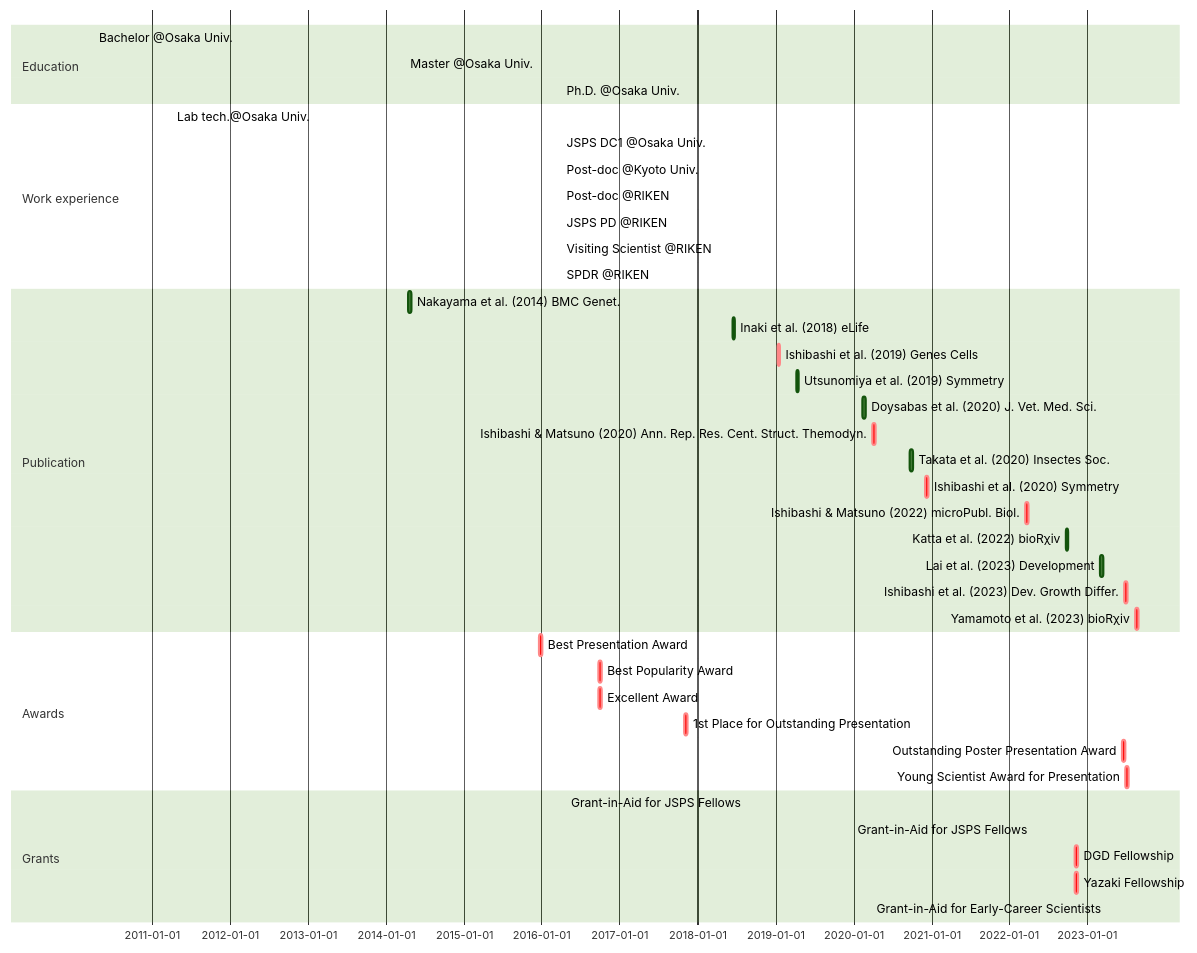
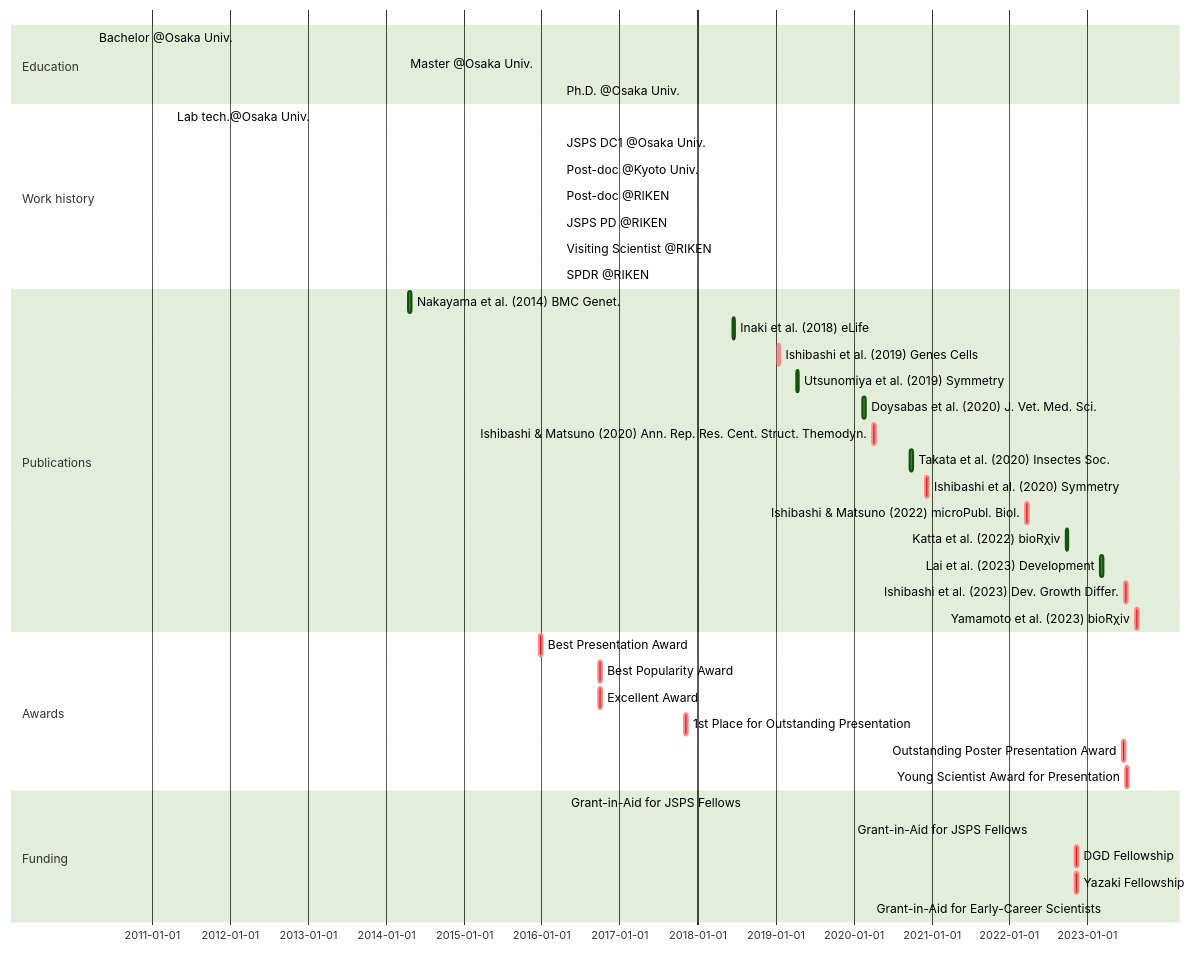
The diagram in _includes/mermaid-cv.md (ishibaki/ishibaki.github.io), drawn with Mermaid (forest theme) before and after one commit.

````diff
--- a/_includes/mermaid-cv.md
+++ b/_includes/mermaid-cv.md
@@ -1,42 +1,42 @@
 ```mermaid
 gantt
 section Education
   Bachelor @Osaka Univ. : BS, 2010-04-01, 2014-03-25
   Master @Osaka Univ.   : MS, 2014-04-01, 2016-03-28
   Ph.D. @Osaka Univ.    : Ph.D., 2016-04-01, 2019-03-25
-section Work experience
+section Work history
   Lab tech.@Osaka Univ.     : done, OU-tech, 2011-04-01, 2012-03-31
   JSPS DC1 @Osaka Univ.     : done, DC1, 2016-04-01, 2019-03-31
   Post-doc @Kyoto Univ.     : done, KU-postdoc, after DC1, 2021-04-30
   Post-doc @RIKEN           : done, RIKEN-postdoc, after KU-postdoc, 2022-03-31
   JSPS PD @RIKEN            : done, PD, after RIKEN-postdoc, 2023-03-31
   Visiting Scientist @RIKEN : done, Visit-Sci, after RIKEN-postdoc, 2023-03-31
   SPDR @RIKEN               : active, SPDR, after PD, 2026-03-31
-section Publication
+section Publications
   Nakayama et al. (2014) BMC Genet.           :       nakayama2014, 2014-04-16, 2w
   Inaki et al. (2018) eLife                   :       inaki2018, 2018-06-12, 2w
   Ishibashi et al. (2019) Genes Cells         : crit, ishibashi2019, 2019-01-09, 2w
   Utsunomiya et al. (2019) Symmetry           :       utsunomiya2019, 2019-04-08, 2w
   Doysabas et al. (2020) J. Vet. Med. Sci.    :       doysabas2020, 2020-02-12, 2w
   Ishibashi & Matsuno (2020) Ann. Rep. Res. Cent. Struct. Themodyn. : crit, ishibashi2020a, 2020-04-01, 2w
   Takata et al. (2020) Insectes Soc.          :       takata2020, 2020-09-22, 2w
   Ishibashi et al. (2020) Symmetry            : crit, ishibashi2020b, 2020-12-02, 2w
   Ishibashi & Matsuno (2022) microPubl. Biol. : crit, ishibashi2022, 2022-03-18, 2w
   Katta et al. (2022) bioRχiv                 :       katta2022, 2022-09-22, 2w
   Lai et al. (2023) Development               :       lai2023, 2023-03-02, 2w
   Ishibashi et al. (2023) Dev. Growth Differ. : crit, ishibashi2023, 2023-06-25, 2w
   Yamamoto et al. (2023) bioRχiv              : crit, Yamamoto2023, 2023-08-16, 2w 
 section Awards
   Best Presentation Award                  : crit, aw_1, 2015-12-20, 2w
   Best Popularity Award                    : crit, aw_2, 2016-09-25, 2w
   Excellent Award                          : crit, aw_3, 2016-09-25, 2w
   1st Place for Outstanding Presentation   : crit, aw_4, 2017-11-01, 2w
   Outstanding Poster Presentation Award    : crit, aw_5, 2023-06-15, 2w
   Young Scientist Award for Presentation   : crit, aw_6, 2023-06-29, 2w
-section Grants
+section Funding
   Grant-in-Aid for JSPS Fellows : done, grant_DC1, 2016-04-22, 2019-03-31
   Grant-in-Aid for JSPS Fellows : active, grant_PD, 2022-04-22, 2025-03-31
   DGD Fellowship:                 crit, dgd_fellowship, 2022-11-04, 2w
   Yazaki Fellowship:              crit, yazaki_fellowship, 2022-11-04, 2w
   Grant-in-Aid for Early-Career Scientists : active, grant_ecs2023, 2023-04-01, 2026-03-31
 ```
````
